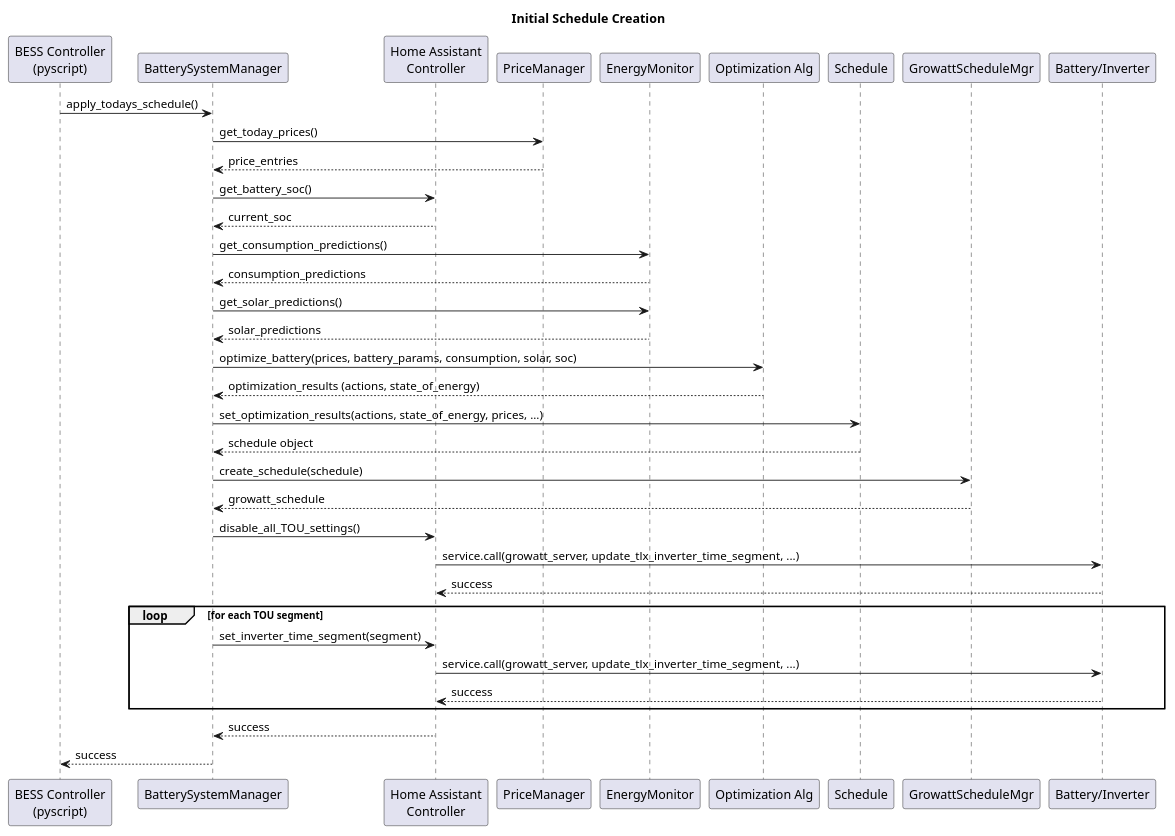
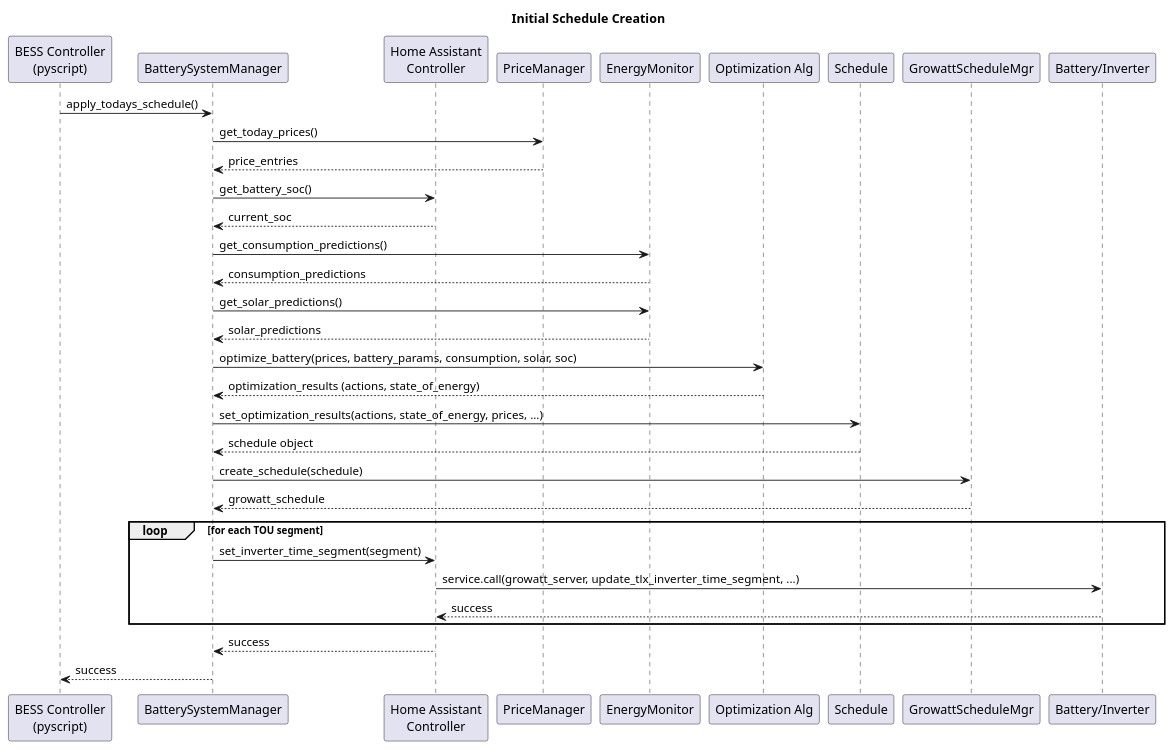
One commit to johanzander/bess-manager changed the diagram in core/bess/sw_design_startup.wsd. Above: the diagram before and after it, drawn with PlantUML. The commit also changed 16 other files, not shown here.

```diff
--- a/core/bess/sw_design_startup.wsd
+++ b/core/bess/sw_design_startup.wsd
@@ -1,46 +1,42 @@
 title Initial Schedule Creation
 
 participant "BESS Controller\n(pyscript)" as BESSController
 participant BatterySystemManager
 participant "Home Assistant\nController" as HAController
 participant PriceManager
 participant EnergyMonitor
 participant "Optimization Alg" as Optimizer
 participant Schedule
 participant GrowattScheduleMgr
 participant "Battery/Inverter" as Inverter
 
 BESSController->BatterySystemManager: apply_todays_schedule()
 BatterySystemManager->PriceManager: get_today_prices()
 PriceManager-->BatterySystemManager: price_entries
 
 BatterySystemManager->HAController: get_battery_soc()
 HAController-->BatterySystemManager: current_soc
 
 BatterySystemManager->EnergyMonitor: get_consumption_predictions()
 EnergyMonitor-->BatterySystemManager: consumption_predictions
 
 BatterySystemManager->EnergyMonitor: get_solar_predictions()
 EnergyMonitor-->BatterySystemManager: solar_predictions
 
 BatterySystemManager->Optimizer: optimize_battery(prices, battery_params, consumption, solar, soc)
 Optimizer-->BatterySystemManager: optimization_results (actions, state_of_energy)
 
 BatterySystemManager->Schedule: set_optimization_results(actions, state_of_energy, prices, ...)
 Schedule-->BatterySystemManager: schedule object
 
 BatterySystemManager->GrowattScheduleMgr: create_schedule(schedule)
 GrowattScheduleMgr-->BatterySystemManager: growatt_schedule
 
-BatterySystemManager->HAController: disable_all_TOU_settings()
-HAController->Inverter: service.call(growatt_server, update_tlx_inverter_time_segment, ...)
-Inverter-->HAController: success
-
 loop for each TOU segment
     BatterySystemManager->HAController: set_inverter_time_segment(segment)
     HAController->Inverter: service.call(growatt_server, update_tlx_inverter_time_segment, ...)
     Inverter-->HAController: success
 end
 
 HAController-->BatterySystemManager: success
 BatterySystemManager-->BESSController: success
```
